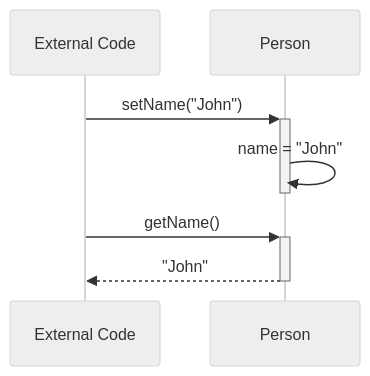
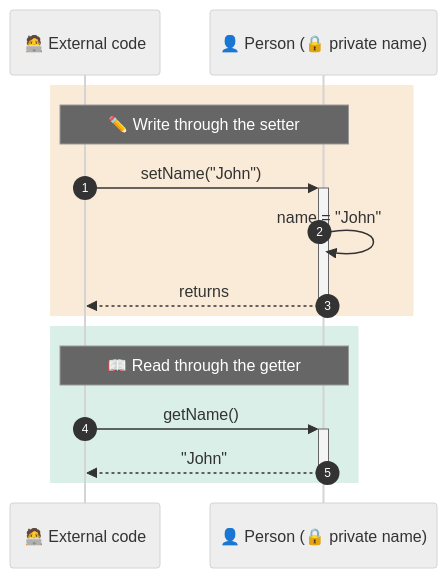
The third of 4 diagrams in lectures-and-labs/week07/encapsulation_lab/README.md (danielcregg/object-oriented-computing), drawn with Mermaid (neutral theme) before and after one commit. The commit also changed other lines of this file and 2 other files, not shown here.

````diff
--- a/lectures-and-labs/week07/encapsulation_lab/README.md
+++ b/lectures-and-labs/week07/encapsulation_lab/README.md
@@ -214,7 +251,17 @@
 ```mermaid
 sequenceDiagram
-    External Code->>+Person: setName("John")
-    Person->>-Person: name = "John"
-    External Code->>+Person: getName()
-    Person-->>-External Code: "John"
+    autonumber
+    participant E as 🧑‍💻 External code
+    participant P as 👤 Person (🔒 private name)
+    rect rgba(217, 119, 6, 0.15)
+        Note over E,P: ✏️ Write through the setter
+        E->>+P: setName("John")
+        P->>P: name = "John"
+        P-->>-E: returns
+    end
+    rect rgba(5, 150, 105, 0.15)
+        Note over E,P: 📖 Read through the getter
+        E->>+P: getName()
+        P-->>-E: "John"
+    end
 ```
````
